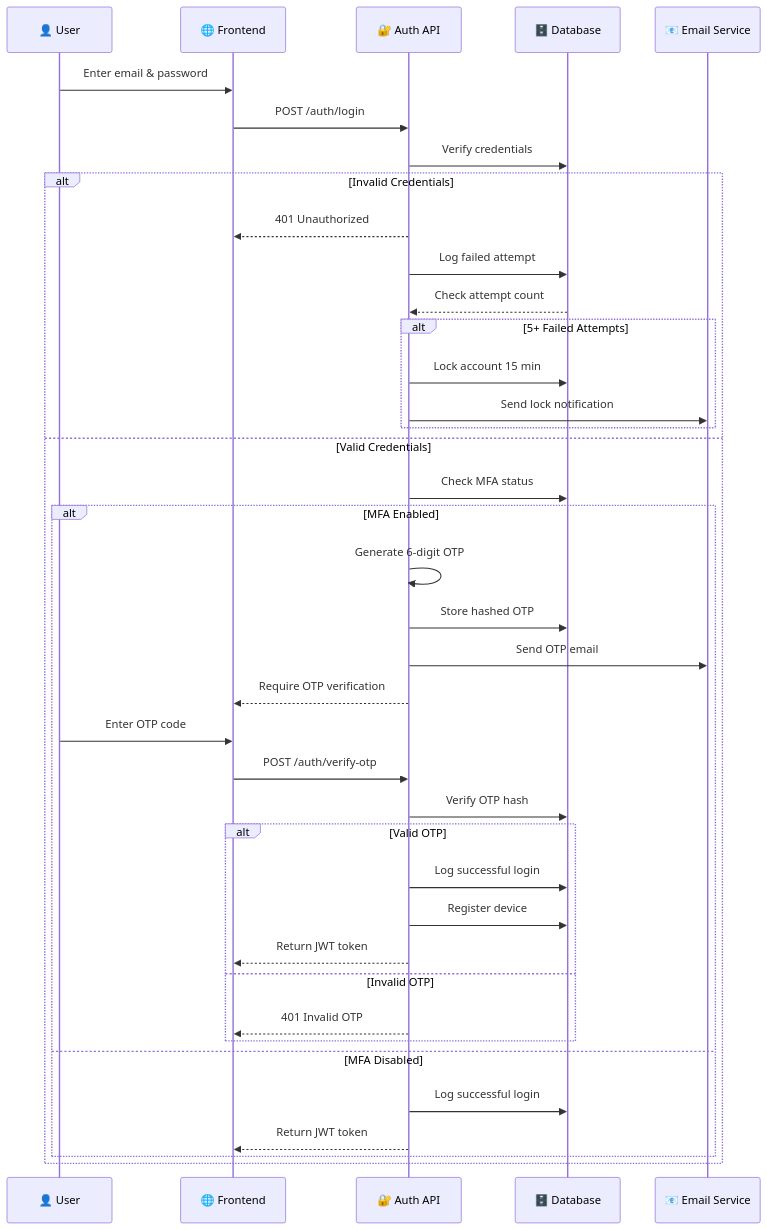
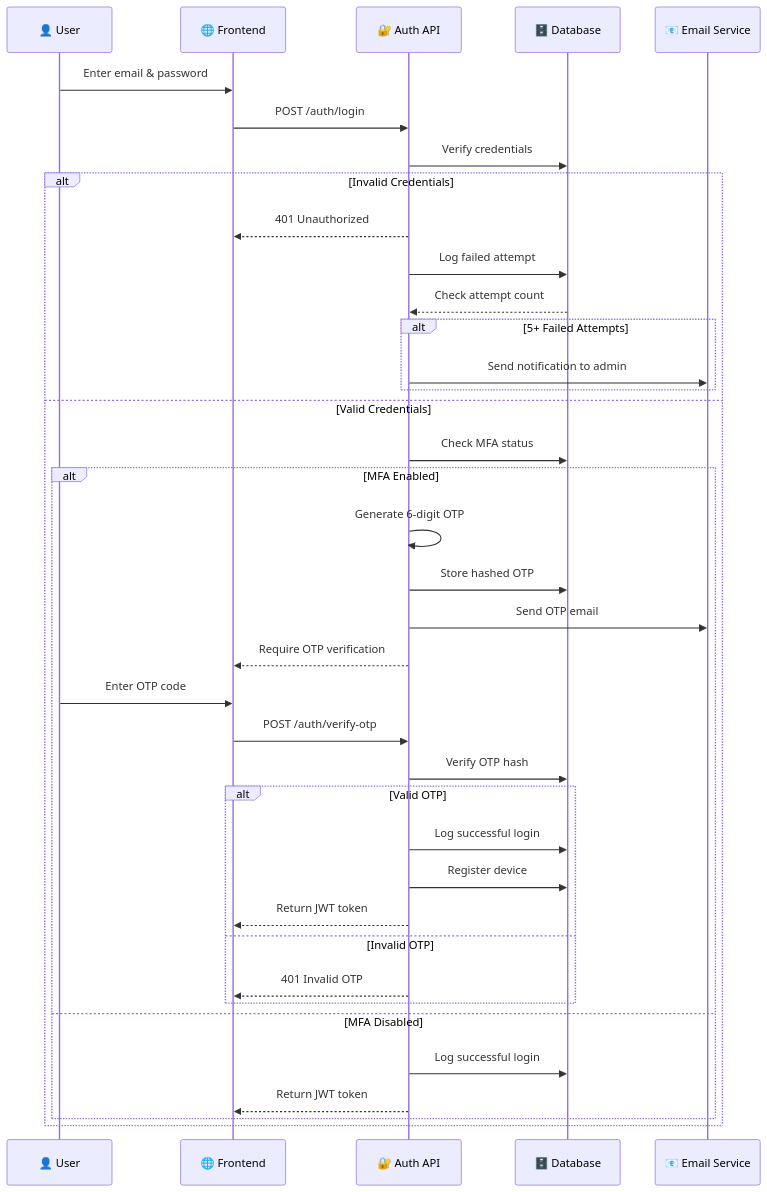
Before and after one commit to qieyl345/Readme: the second of 10 diagrams in README.md, drawn with Mermaid. The commit also changed other lines of this file, not shown here.

````diff
--- a/README.md
+++ b/README.md
@@ -191,43 +191,42 @@
 ```mermaid
 sequenceDiagram
     participant U as 👤 User
     participant F as 🌐 Frontend
     participant A as 🔐 Auth API
     participant D as 🗄️ Database
     participant E as 📧 Email Service
 
     U->>F: Enter email & password
     F->>A: POST /auth/login
     A->>D: Verify credentials
     
     alt Invalid Credentials
         A-->>F: 401 Unauthorized
         A->>D: Log failed attempt
         D-->>A: Check attempt count
         alt 5+ Failed Attempts
-            A->>D: Lock account 15 min
-            A->>E: Send lock notification
+            A->>E: Send notification to admin
         end
     else Valid Credentials
         A->>D: Check MFA status
         alt MFA Enabled
             A->>A: Generate 6-digit OTP
             A->>D: Store hashed OTP
             A->>E: Send OTP email
             A-->>F: Require OTP verification
             U->>F: Enter OTP code
             F->>A: POST /auth/verify-otp
             A->>D: Verify OTP hash
             alt Valid OTP
                 A->>D: Log successful login
                 A->>D: Register device
                 A-->>F: Return JWT token
             else Invalid OTP
                 A-->>F: 401 Invalid OTP
             end
         else MFA Disabled
             A->>D: Log successful login
             A-->>F: Return JWT token
         end
     end
 ```
````
